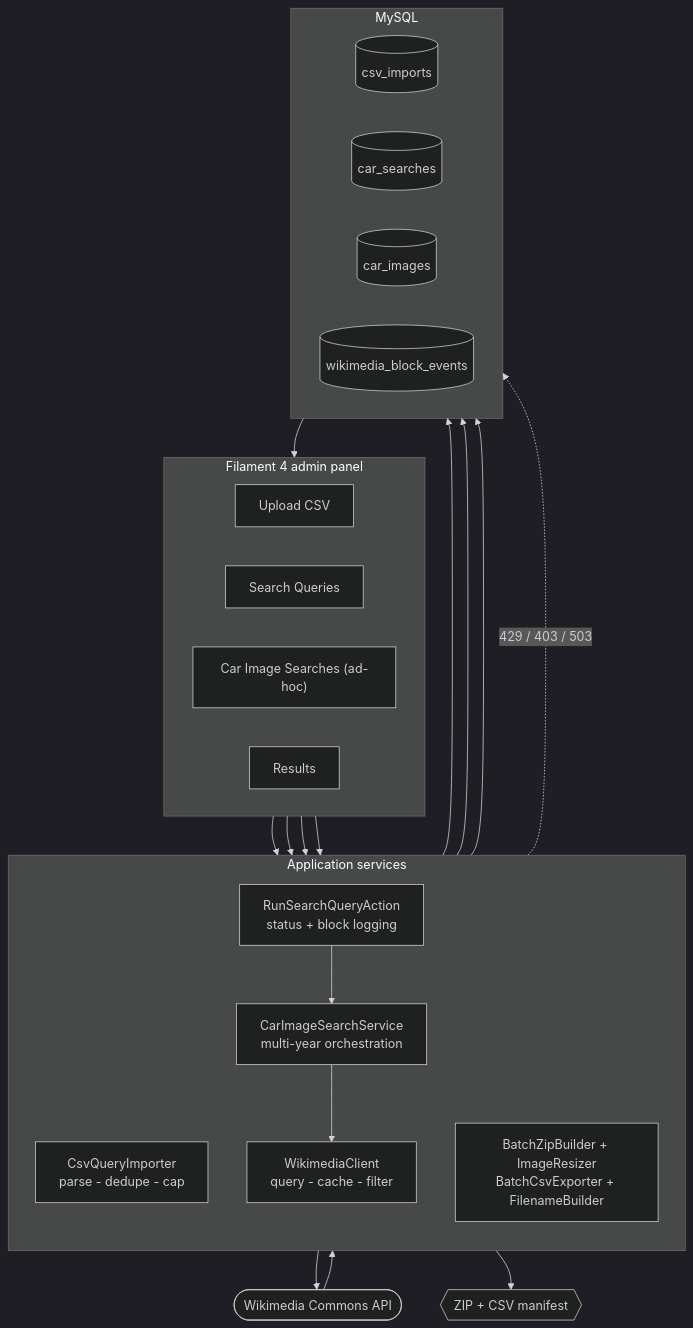
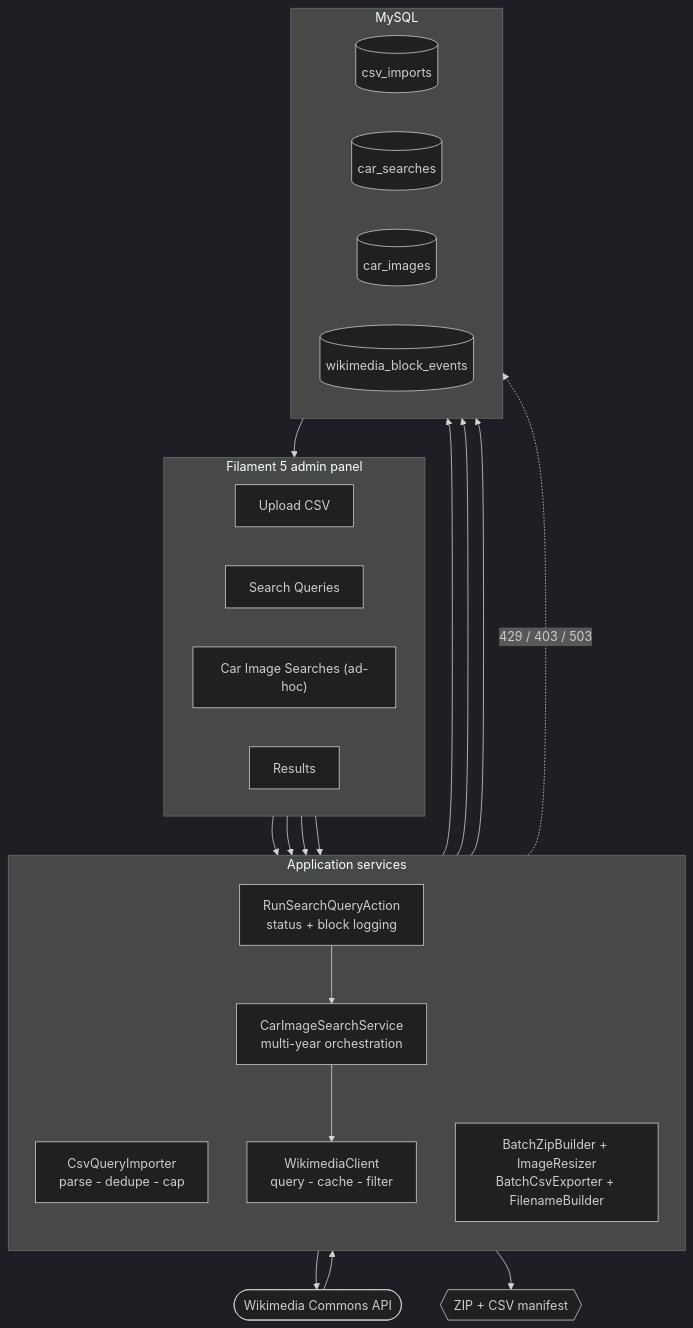
One commit to RonaldAllanRivera/cars-images-api changed the diagram in README.md. Above: the diagram before and after it, drawn with Mermaid (dark theme). The commit also changed other lines of this file and 56 other files, not shown here.

````diff
--- a/README.md
+++ b/README.md
@@ -49,45 +49,45 @@
 ```mermaid
 flowchart TB
-    subgraph Panel["Filament 4 admin panel"]
+    subgraph Panel["Filament 5 admin panel"]
         direction LR
         P1["Upload CSV"]
         P2["Search Queries"]
         P4["Car Image Searches (ad-hoc)"]
         P3["Results"]
     end
 
     subgraph Services["Application services"]
         direction TB
         IMP["CsvQueryImporter<br/>parse - dedupe - cap"]
         ACT["RunSearchQueryAction<br/>status + block logging"]
         SVC["CarImageSearchService<br/>multi-year orchestration"]
         WMC["WikimediaClient<br/>query - cache - filter"]
         EXP["BatchZipBuilder + ImageResizer<br/>BatchCsvExporter + FilenameBuilder"]
     end
 
     subgraph DB["MySQL"]
         direction LR
         T3[("csv_imports")]
         T1[("car_searches")]
         T2[("car_images")]
         T4[("wikimedia_block_events")]
     end
 
     WM(["Wikimedia Commons API"])
     DL{{"ZIP + CSV manifest"}}
 
     P1 --> IMP
     IMP --> T3
     IMP --> T1
     P2 --> ACT
     P4 --> SVC
     ACT --> SVC
     SVC --> WMC
     WMC --> WM
     WM --> WMC
     SVC --> T2
     ACT -. "429 / 403 / 503" .-> T4
     T2 --> P3
     P3 --> EXP
     EXP --> DL
 ```
````
